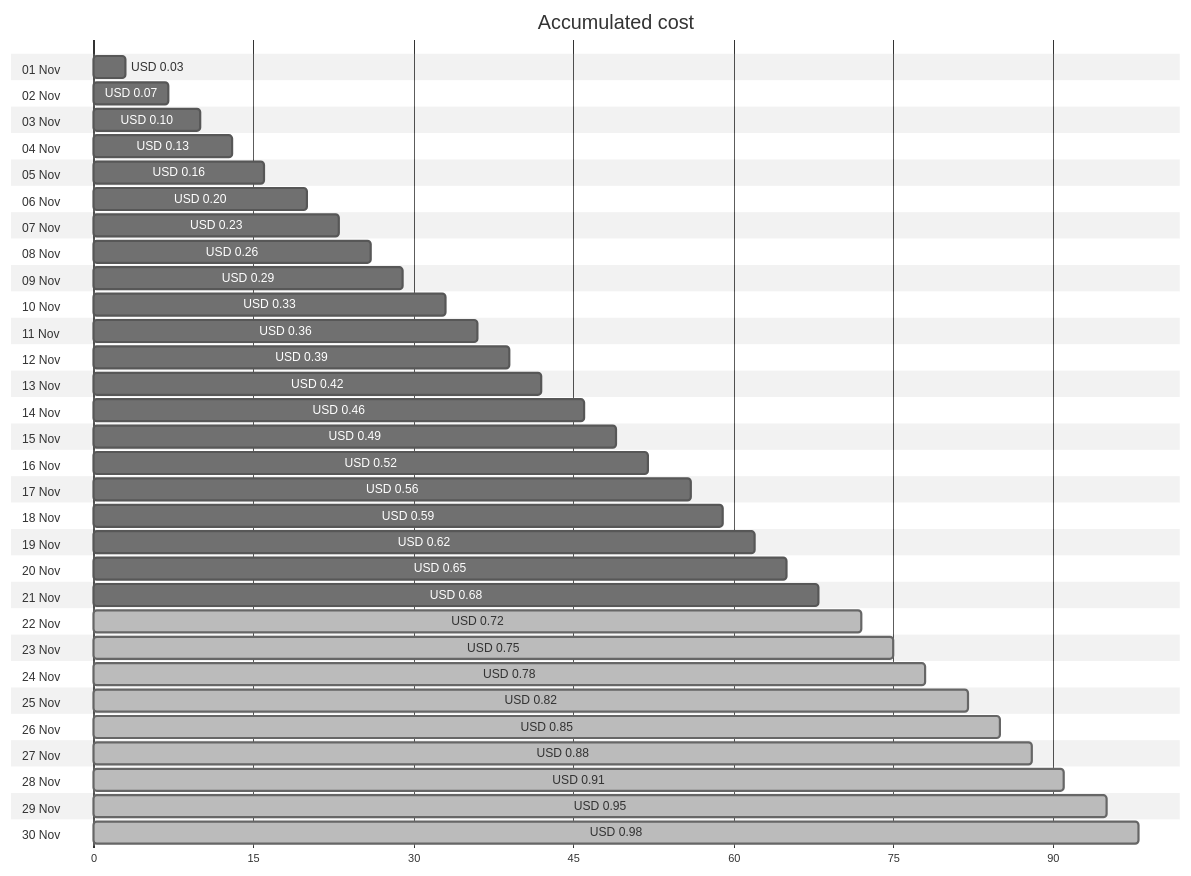
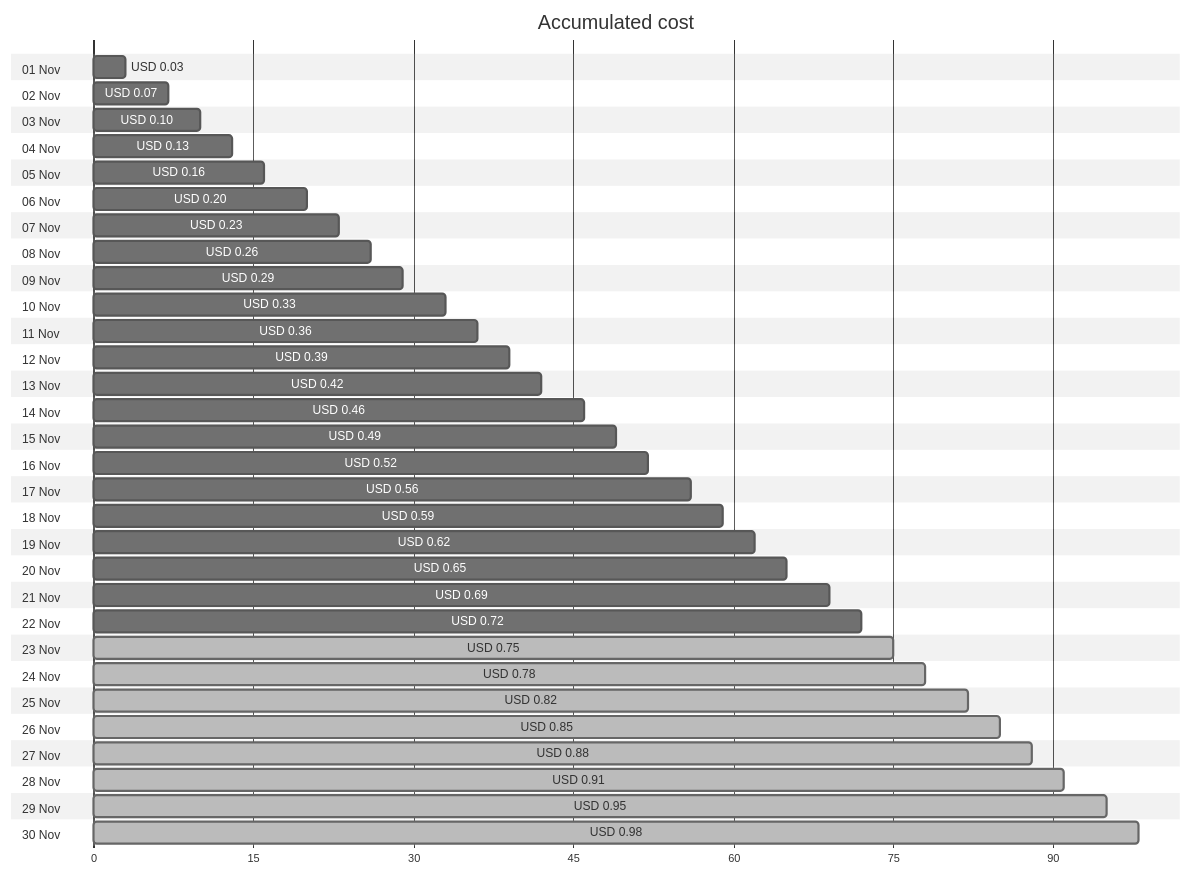
One commit to jpfulton/azure-personal-reports changed the first of 4 diagrams in cost-reports/personal-dns/README.md. Above: the diagram before and after it, drawn with Mermaid (neutral theme). The commit also changed other lines of this file and 2 other files, not shown here.

````diff
--- a/cost-reports/personal-dns/README.md
+++ b/cost-reports/personal-dns/README.md
@@ -20,66 +20,66 @@
 ```mermaid
 gantt
    title Accumulated cost
    dateFormat  X
    axisFormat %s
    section 01 Nov
    USD 0.03 :0, 3
    section 02 Nov
    USD 0.07 :0, 7
    section 03 Nov
    USD 0.10 :0, 10
    section 04 Nov
    USD 0.13 :0, 13
    section 05 Nov
    USD 0.16 :0, 16
    section 06 Nov
    USD 0.20 :0, 20
    section 07 Nov
    USD 0.23 :0, 23
    section 08 Nov
    USD 0.26 :0, 26
    section 09 Nov
    USD 0.29 :0, 29
    section 10 Nov
    USD 0.33 :0, 33
    section 11 Nov
    USD 0.36 :0, 36
    section 12 Nov
    USD 0.39 :0, 39
    section 13 Nov
    USD 0.42 :0, 42
    section 14 Nov
    USD 0.46 :0, 46
    section 15 Nov
    USD 0.49 :0, 49
    section 16 Nov
    USD 0.52 :0, 52
    section 17 Nov
    USD 0.56 :0, 56
    section 18 Nov
    USD 0.59 :0, 59
    section 19 Nov
    USD 0.62 :0, 62
    section 20 Nov
    USD 0.65 :0, 65
    section 21 Nov
-   USD 0.68 :0, 68
+   USD 0.69 :0, 69
    section 22 Nov
-   USD 0.72 : done, 0, 72
+   USD 0.72 :0, 72
    section 23 Nov
    USD 0.75 : done, 0, 75
    section 24 Nov
    USD 0.78 : done, 0, 78
    section 25 Nov
    USD 0.82 : done, 0, 82
    section 26 Nov
    USD 0.85 : done, 0, 85
    section 27 Nov
    USD 0.88 : done, 0, 88
    section 28 Nov
    USD 0.91 : done, 0, 91
    section 29 Nov
    USD 0.95 : done, 0, 95
    section 30 Nov
    USD 0.98 : done, 0, 98
 ```
````
